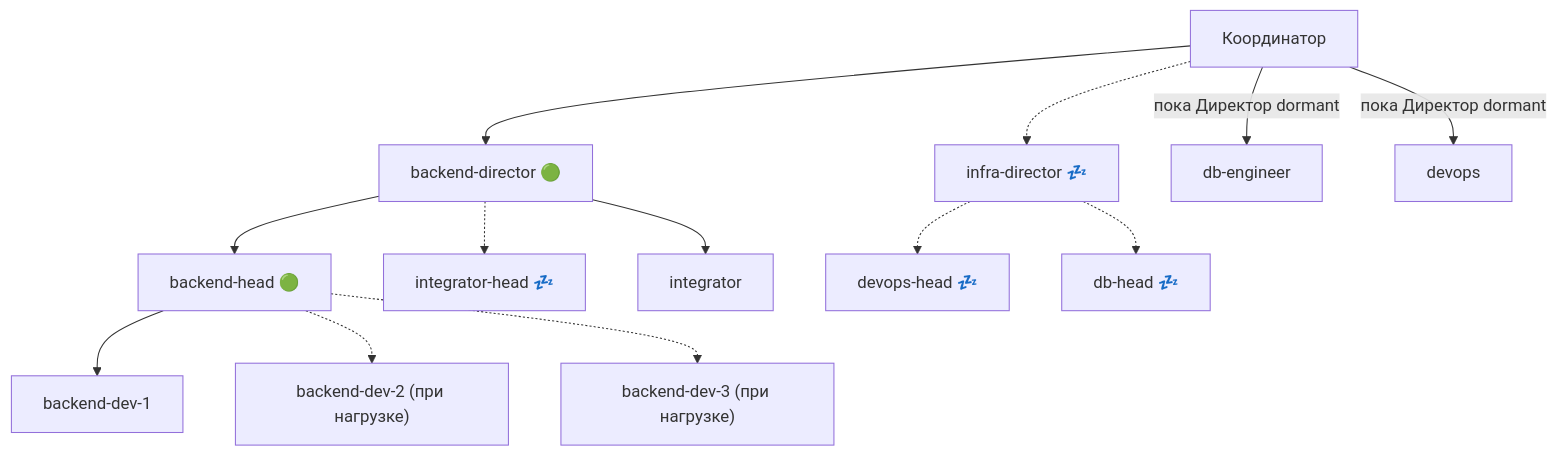
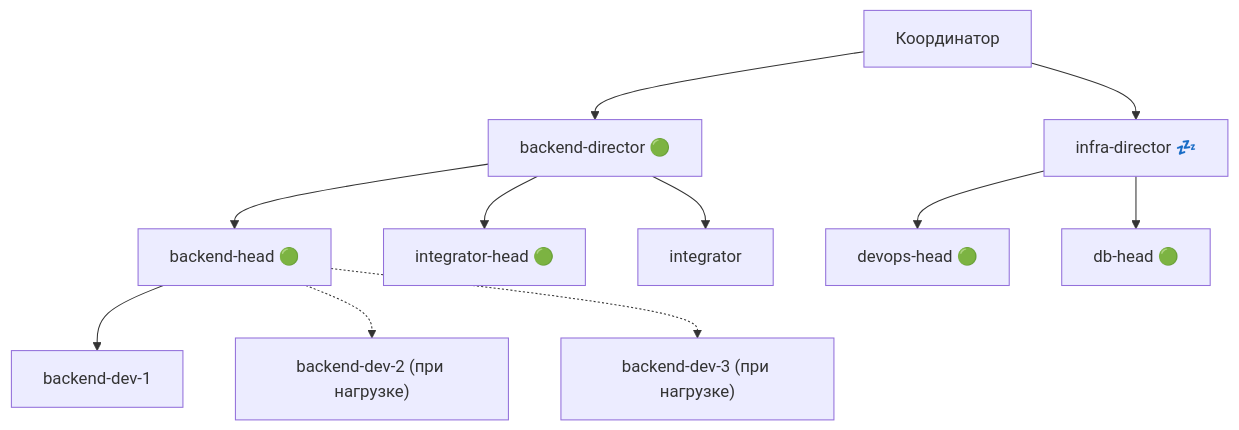
Before and after one commit to m-creator-holding/coordinata56-docs: the second of 13 diagrams in docs/agents/agents-diagrams.md, drawn with Mermaid. The commit also changed other lines of this file and 9 other files, not shown here.

Commit message:
Sync snapshot 2026-04-17b: M-OS-0 cleanup (README, ADR statuses, diagrams, routing, agents-map) + ADR 0011 Foundation

````diff
--- a/docs/agents/agents-diagrams.md
+++ b/docs/agents/agents-diagrams.md
@@ -73,21 +73,19 @@
 ```mermaid
 flowchart TB
     Coord["Координатор"]
     BD["backend-director 🟢"]
     ID["infra-director 💤"]
 
     Coord --> BD
-    Coord -.-> ID
-    Coord -->|пока Директор dormant| DBE["db-engineer"]
-    Coord -->|пока Директор dormant| DO["devops"]
+    Coord --> ID
 
     BD --> BH["backend-head 🟢"]
-    BD -.-> IH["integrator-head 💤"]
+    BD --> IH["integrator-head 🟢"]
     BH --> BDev1["backend-dev-1"]
     BH -.-> BDev2["backend-dev-2 (при нагрузке)"]
     BH -.-> BDev3["backend-dev-3 (при нагрузке)"]
     BD --> INT["integrator"]
 
-    ID -.-> DOH["devops-head 💤"]
-    ID -.-> DBH["db-head 💤"]
+    ID --> DOH["devops-head 🟢"]
+    ID --> DBH["db-head 🟢"]
 ```
````
